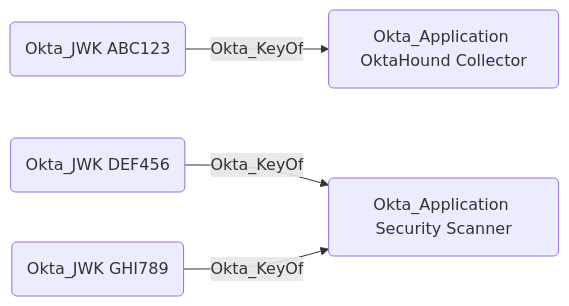
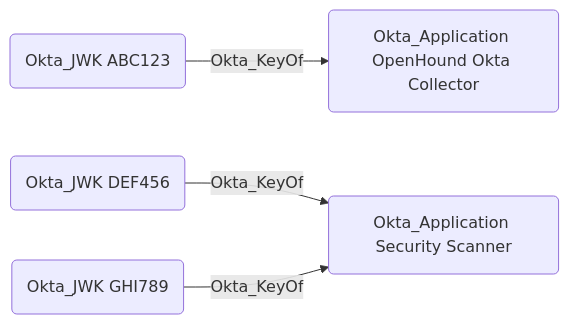
The diagram in docs/opengraph/extensions/okta/edges/okta_keyof.mdx (SpecterOps/bloodhound-docs), drawn with Mermaid before and after one commit. The commit also changed other lines of this file and 68 other files, not shown here.

Commit message:
chore: update okta collector reference for v0.4.0

````diff
--- a/docs/opengraph/extensions/okta/edges/okta_keyof.mdx
+++ b/docs/opengraph/extensions/okta/edges/okta_keyof.mdx
@@ -19,11 +16,11 @@
 ```mermaid
 graph LR
-    app1("Okta_Application OktaHound Collector")
+    app1("Okta_Application OpenHound Okta Collector")
     app2("Okta_Application Security Scanner")
     key1("Okta_JWK ABC123")
     key2("Okta_JWK DEF456")
     key3("Okta_JWK GHI789")
     key1 -- Okta_KeyOf --> app1
     key2 -- Okta_KeyOf --> app2
     key3 -- Okta_KeyOf --> app2
 ```
````
